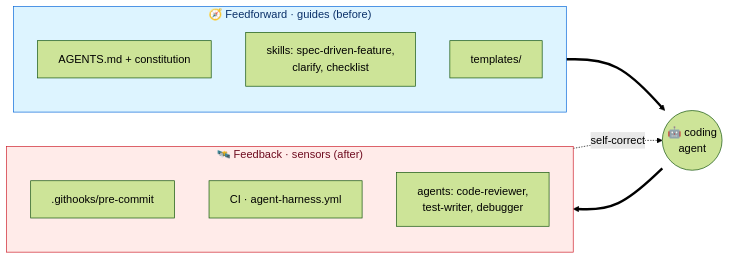
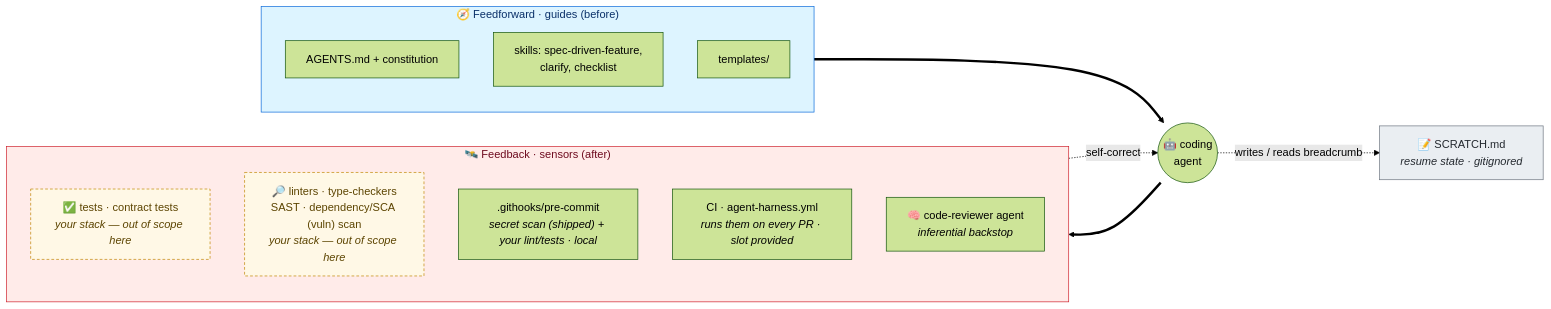
The second of 2 diagrams in README.md (saptarshibasu/spec-driven-development), drawn with Mermaid (forest theme) before and after one commit. The commit also changed other lines of this file and 36 other files, not shown here.

````diff
--- a/README.md
+++ b/README.md
@@ -53,22 +76,27 @@
 ```mermaid
 flowchart LR
     subgraph FF["🧭 Feedforward · guides (before)"]
         direction TB
         A["AGENTS.md + constitution"]
         SK["skills: spec-driven-feature,<br/>clarify, checklist"]
         TPL["templates/"]
     end
     subgraph FB["🛰️ Feedback · sensors (after)"]
         direction TB
-        HK[".githooks/pre-commit"]
-        CI["CI · agent-harness.yml"]
-        AG["agents: code-reviewer,<br/>test-writer, debugger"]
+        TS["✅ tests · contract tests<br/><i>your stack — out of scope here</i>"]:::byo
+        SA["🔎 linters · type-checkers<br/>SAST · dependency/SCA (vuln) scan<br/><i>your stack — out of scope here</i>"]:::byo
+        HK[".githooks/pre-commit<br/><i>secret scan (shipped) + your lint/tests · local</i>"]
+        CI["CI · agent-harness.yml<br/><i>runs them on every PR · slot provided</i>"]
+        AG["🧠 code-reviewer agent<br/><i>inferential backstop</i>"]
     end
     FF ==> AGENT(("🤖 coding<br/>agent")) ==> FB
     FB -. self-correct .-> AGENT
+    AGENT -. writes / reads breadcrumb .-> SC["📝 SCRATCH.md<br/><i>resume state · gitignored</i>"]:::cont
 
     classDef ff fill:#ddf4ff,stroke:#0969da,color:#0a3069
     classDef fb fill:#ffebe9,stroke:#cf222e,color:#6e0a1e
+    classDef cont fill:#eaeef2,stroke:#6e7781,color:#24292f
+    classDef byo fill:#fff8e6,stroke:#bf8700,color:#5c4400,stroke-dasharray:4 3
     class FF ff
     class FB fb
 ```
````
